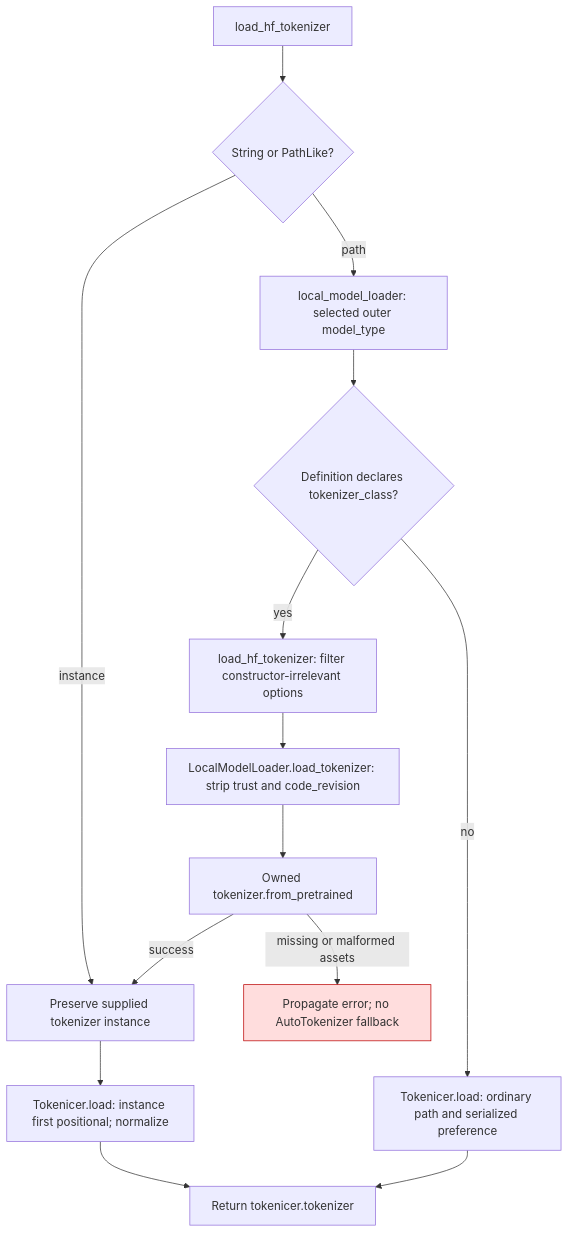
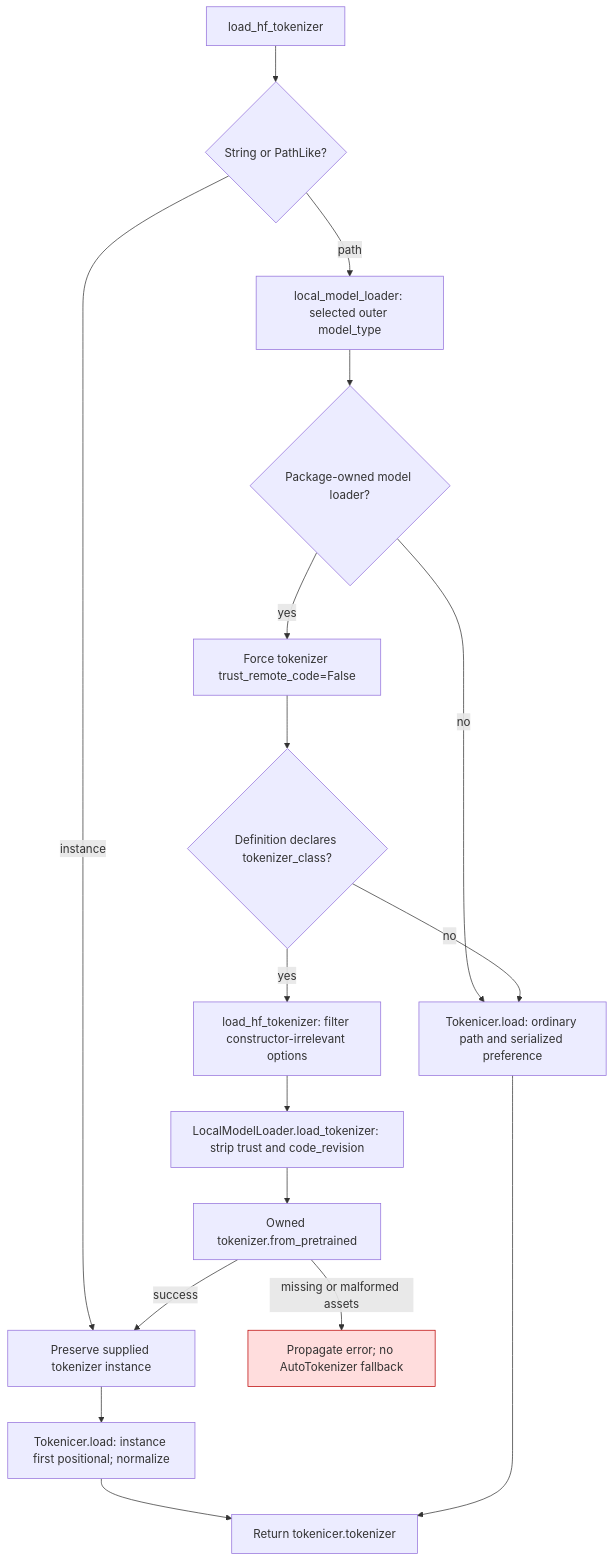
The eighth of 10 diagrams in docs/transformers5-model-ports.md (ModelCloud/GPTQModel), drawn with Mermaid before and after one commit. The commit also changed other lines of this file and 3 other files, not shown here.

Commit message:
Deny checkpoint tokenizer Python for every package-owned model

````diff
--- a/docs/transformers5-model-ports.md
+++ b/docs/transformers5-model-ports.md
@@ -360,18 +360,21 @@
 ```mermaid
 flowchart TD
     A["load_hf_tokenizer"] --> B{"String or PathLike?"}
     B -->|instance| I["Preserve supplied tokenizer instance"]
     B -->|path| C["local_model_loader: selected outer model_type"]
-    C --> D{"Definition declares tokenizer_class?"}
+    C --> L{"Package-owned model loader?"}
+    L -->|yes| U["Force tokenizer trust_remote_code=False"]
+    U --> D{"Definition declares tokenizer_class?"}
+    L -->|no| N
     D -->|no| N["Tokenicer.load: ordinary path and serialized preference"]
     D -->|yes| E["load_hf_tokenizer: filter constructor-irrelevant options"]
     E --> F["LocalModelLoader.load_tokenizer: strip trust and code_revision"]
     F --> G["Owned tokenizer.from_pretrained"]
     G -->|success| I
     G -->|missing or malformed assets| X["Propagate error; no AutoTokenizer fallback"]
     I --> T["Tokenicer.load: instance first positional; normalize"]
     T --> R["Return tokenicer.tokenizer"]
     N --> R
     classDef failure fill:#fdd,stroke:#b00
     class X failure
 ```
````
